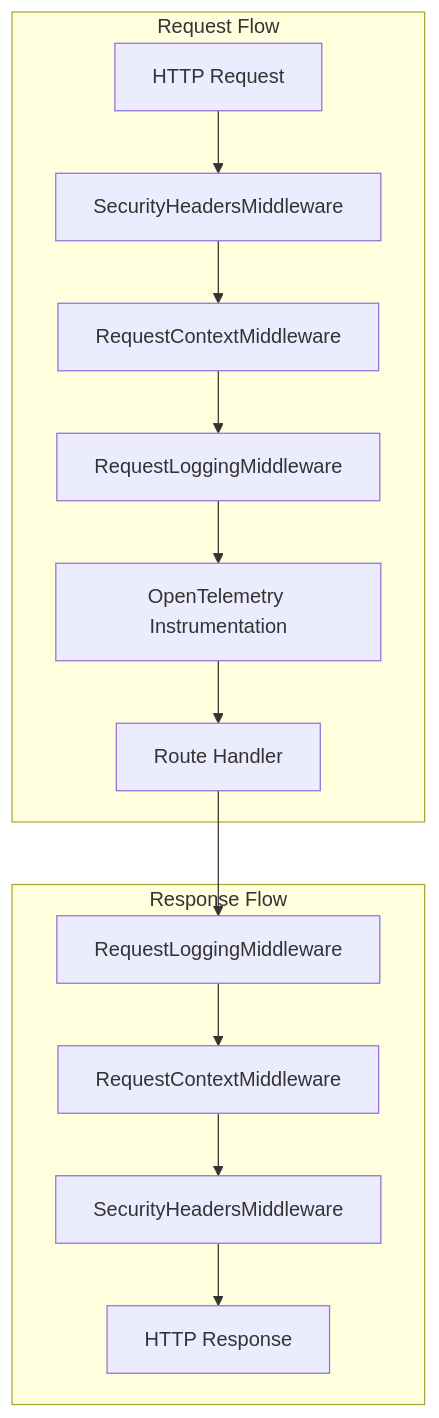
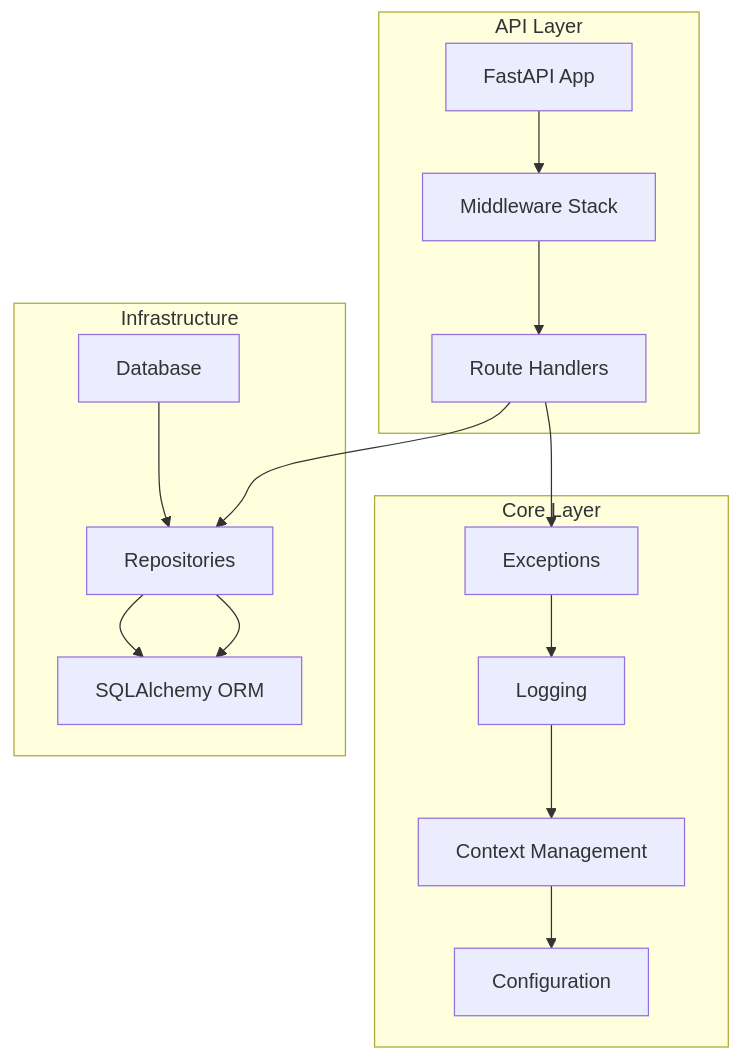
One commit to STICORP/tributum-back changed the first of 3 diagrams in README.md. Above: the diagram before and after it, drawn with Mermaid. The commit also changed other lines of this file, not shown here.

````diff
--- a/README.md
+++ b/README.md
@@ -217,17 +55,22 @@
 ```mermaid
 graph TB
-    subgraph "Request Flow"
-        A[HTTP Request] --> B[SecurityHeadersMiddleware]
-        B --> C[RequestContextMiddleware]
-        C --> D[RequestLoggingMiddleware]
-        D --> E[OpenTelemetry Instrumentation]
-        E --> F[Route Handler]
+    subgraph "API Layer"
+        A[FastAPI App] --> B[Middleware Stack]
+        B --> C[Route Handlers]
     end
 
-    subgraph "Response Flow"
-        F --> G[RequestLoggingMiddleware]
-        G --> H[RequestContextMiddleware]
-        H --> I[SecurityHeadersMiddleware]
-        I --> J[HTTP Response]
+    subgraph "Core Layer"
+        D[Exceptions] --> E[Logging]
+        E --> F[Context Management]
+        F --> G[Configuration]
     end
+
+    subgraph "Infrastructure"
+        H[Database] --> I[Repositories]
+        I --> J[SQLAlchemy ORM]
+    end
+
+    C --> D
+    C --> I
+    I --> J
 ```
````
